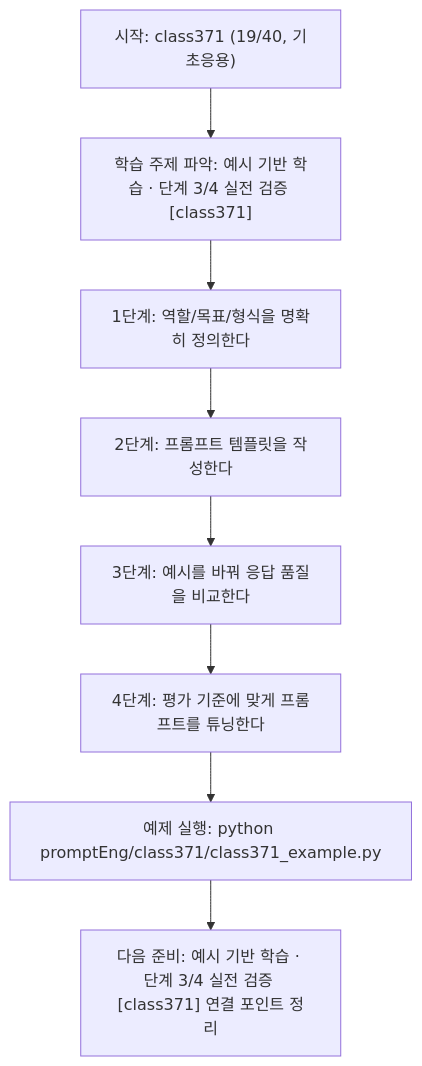
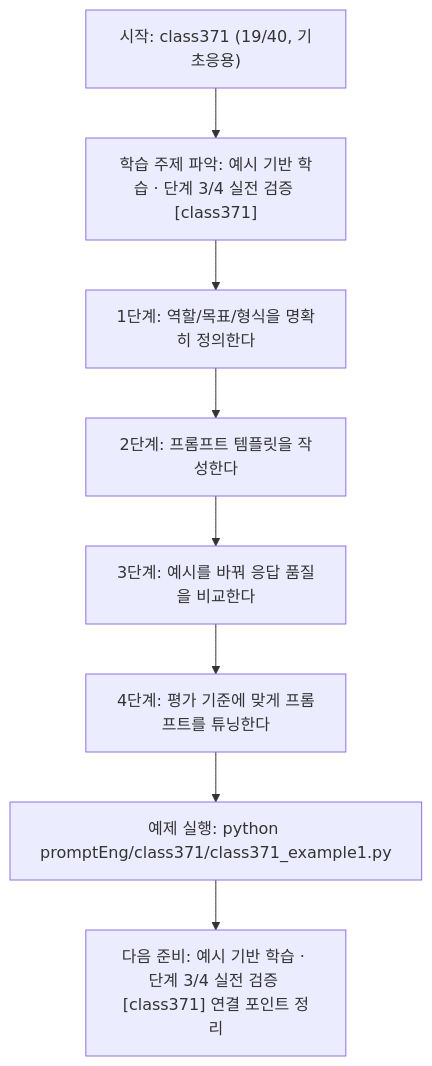
One commit to edumgt/Python-AI_Agent-Class changed the diagram in promptEng/class371/class371.md. Above: the diagram before and after it, drawn with Mermaid. The commit also changed other lines of this file and 2959 other files, not shown here.

````diff
--- a/promptEng/class371/class371.md
+++ b/promptEng/class371/class371.md
@@ -110,18 +110,18 @@
 ```mermaid
 flowchart TD
 N1["시작: class371 (19/40, 기초응용)"]
 N2["학습 주제 파악: 예시 기반 학습 · 단계 3/4 실전 검증 [class371]"]
 N3["1단계: 역할/목표/형식을 명확히 정의한다"]
 N4["2단계: 프롬프트 템플릿을 작성한다"]
 N5["3단계: 예시를 바꿔 응답 품질을 비교한다"]
 N6["4단계: 평가 기준에 맞게 프롬프트를 튜닝한다"]
-N7["예제 실행: python promptEng/class371/class371_example.py"]
+N7["예제 실행: python promptEng/class371/class371_example1.py"]
 N8["다음 준비: 예시 기반 학습 · 단계 3/4 실전 검증 [class371] 연결 포인트 정리"]
 N1 --> N2
 N2 --> N3
 N3 --> N4
 N4 --> N5
 N5 --> N6
 N6 --> N7
 N7 --> N8
 ```
````
